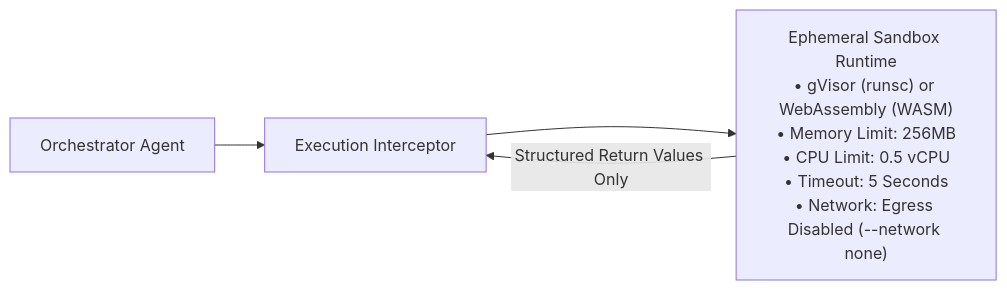
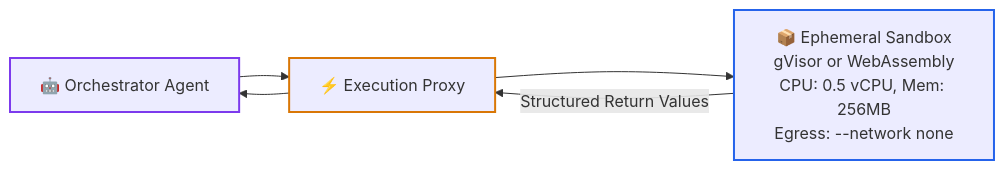
One commit to dip4k/senior-engineer-to-ai-engineer-roadmap changed the third of 4 diagrams in 05-ai-security-and-guardrails/05-defensive-agent-architecture-and-privilege-separation.md. Above: the diagram before and after it, drawn with Mermaid. The commit also changed other lines of this file and 11 other files, not shown here.

First line of the commit message:
refactor(phase-05): AI security, guardrails, and trust architecture

````diff
--- a/05-ai-security-and-guardrails/05-defensive-agent-architecture-and-privilege-separation.md
+++ b/05-ai-security-and-guardrails/05-defensive-agent-architecture-and-privilege-separation.md
@@ -156,7 +120,11 @@
 ```mermaid
 flowchart LR
-    Agent["Orchestrator Agent"] --> Proxy["Execution Interceptor"]
-    Sandbox["Ephemeral Sandbox Runtime<br/>• gVisor (runsc) or WebAssembly (WASM)<br/>• Memory Limit: 256MB<br/>• CPU Limit: 0.5 vCPU<br/>• Timeout: 5 Seconds<br/>• Network: Egress Disabled (--network none)"]
-    Proxy --> Sandbox
-    Sandbox -->|Structured Return Values Only| Proxy
+    Agent["🤖 Orchestrator Agent"] --> Proxy["⚡ Execution Proxy"]
+    Proxy --> Sandbox["📦 Ephemeral Sandbox<br/>gVisor or WebAssembly<br/>CPU: 0.5 vCPU, Mem: 256MB<br/>Egress: --network none"]
+    Sandbox -->|Structured Return Values| Proxy
+    Proxy --> Agent
+
+    style Agent stroke:#7c3aed,stroke-width:2px
+    style Proxy stroke:#d97706,stroke-width:2px
+    style Sandbox stroke:#2563eb,stroke-width:2px
 ```
````
